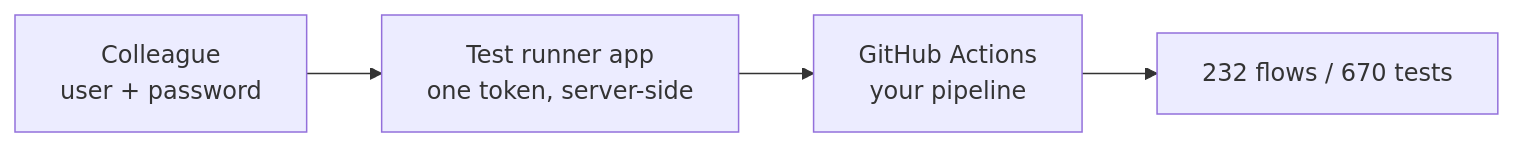
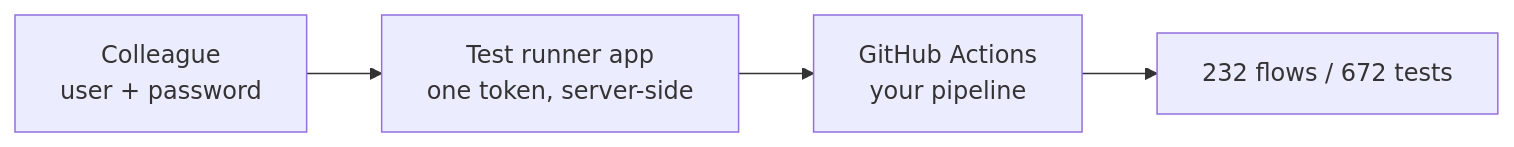
One commit to asaf-1/Agents-Playground changed the diagram in docs/features/test-runner.md. Above: the diagram before and after it, drawn with Mermaid. The commit also changed 6 other files, not shown here.

````diff
--- a/docs/features/test-runner.md
+++ b/docs/features/test-runner.md
@@ -21,6 +21,6 @@
 ```mermaid
 flowchart LR
   colleague["Colleague<br/>user + password"] --> runner["Test runner app<br/>one token, server-side"]
   runner --> gha["GitHub Actions<br/>your pipeline"]
-  gha --> tests["232 flows / 670 tests"]
+  gha --> tests["232 flows / 672 tests"]
 ```
````
